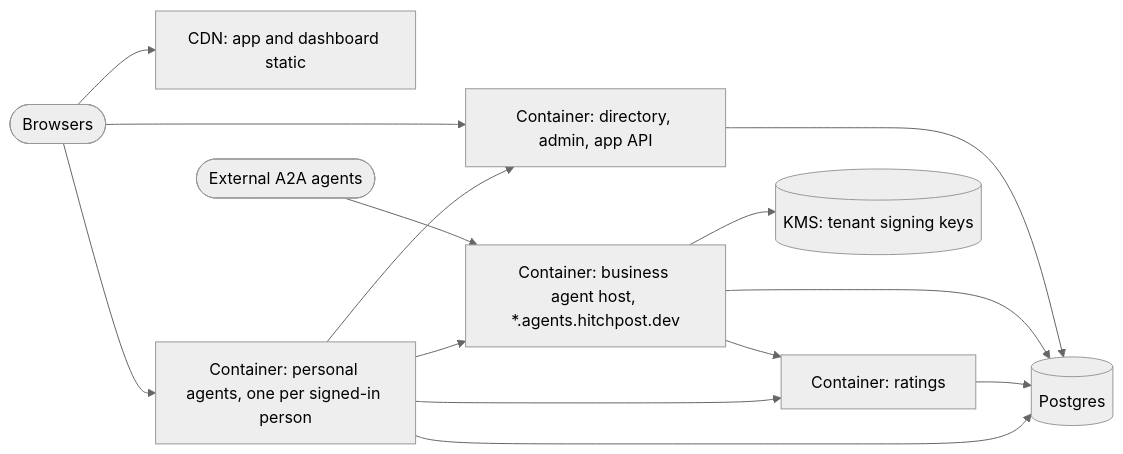
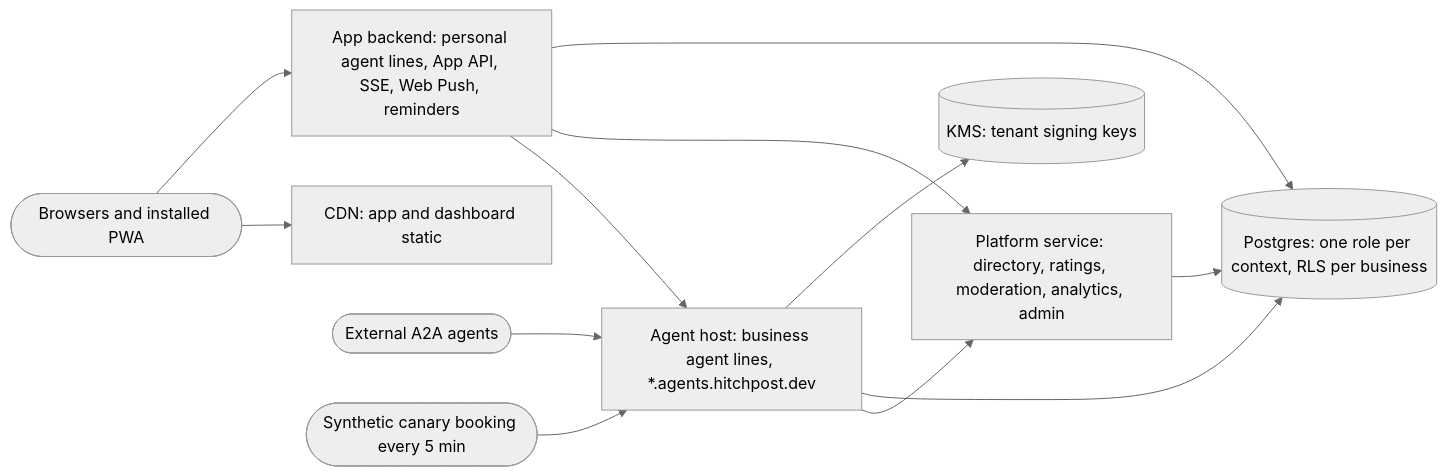
Before and after one commit to Jannisar01/hitchpost: the eighth of 8 diagrams in docs/sad/10-architecture.md, drawn with Mermaid (neutral theme). The commit also changed other lines of this file and 23 other files, not shown here.

````diff
--- a/docs/sad/10-architecture.md
+++ b/docs/sad/10-architecture.md
@@ -257,16 +294,14 @@
 ```mermaid
 flowchart LR
-  user([Browsers]) --> cdn[CDN: app and dashboard static]
-  user --> api[Container: directory, admin, app API]
-  user --> pa[Container: personal agents, one per signed-in person]
-  ext([External A2A agents]) --> host["Container: business agent host, *.agents.hitchpost.dev"]
-  pa --> host
-  pa --> api
-  host --> rate[Container: ratings]
-  pa --> rate
-  api --> pg[(Postgres)]
+  user([Browsers and installed PWA]) --> cdn[CDN: app and dashboard static]
+  user --> appbe["App backend: personal agent lines, App API, SSE, Web Push, reminders"]
+  ext([External A2A agents]) --> host["Agent host: business agent lines, *.agents.hitchpost.dev"]
+  appbe --> host
+  appbe --> plat["Platform service: directory, ratings, moderation, analytics, admin"]
+  host --> plat
+  appbe --> pg[(Postgres: one role per context, RLS per business)]
   host --> pg
-  rate --> pg
-  pa --> pg
+  plat --> pg
   host --> kms[(KMS: tenant signing keys)]
+  canary([Synthetic canary booking every 5 min]) --> host
 ```
````
